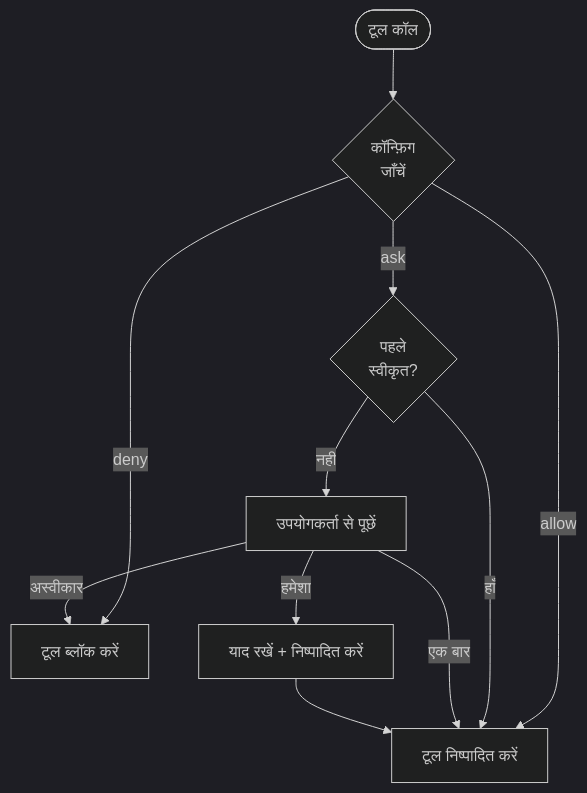
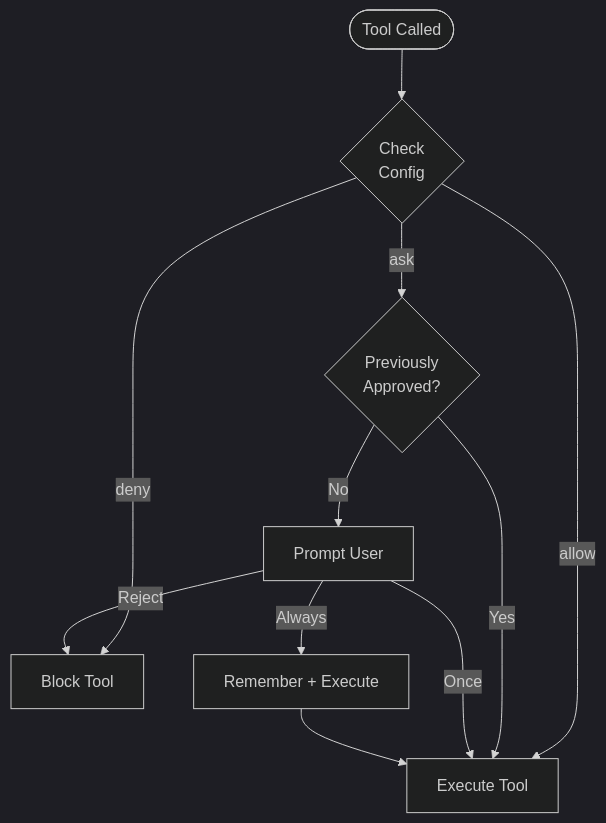
Before and after one commit to CyberStrikeus/CyberStrike: the diagram in packages/docs/src/docs/data/docs/hi/configuration/permissions.mdx, drawn with Mermaid (dark theme). The commit also changed other lines of this file and 108 other files, not shown here.

````diff
--- a/packages/docs/src/docs/data/docs/hi/configuration/permissions.mdx
+++ b/packages/docs/src/docs/data/docs/hi/configuration/permissions.mdx
@@ -31,13 +13,13 @@
 ```mermaid
 flowchart TD
-    ToolCall([टूल कॉल]) --> CheckConfig{कॉन्फ़िग\nजाँचें}
-    CheckConfig -->|allow| Execute[टूल निष्पादित करें]
-    CheckConfig -->|deny| Block[टूल ब्लॉक करें]
-    CheckConfig -->|ask| CheckApproved{पहले\nस्वीकृत?}
-    CheckApproved -->|हाँ| Execute
-    CheckApproved -->|नहीं| AskUser[उपयोगकर्ता से पूछें]
-    AskUser -->|एक बार| Execute
-    AskUser -->|हमेशा| Remember[याद रखें + निष्पादित करें]
-    AskUser -->|अस्वीकार| Block
+    ToolCall([Tool Called]) --> CheckConfig{Check\nConfig}
+    CheckConfig -->|allow| Execute[Execute Tool]
+    CheckConfig -->|deny| Block[Block Tool]
+    CheckConfig -->|ask| CheckApproved{Previously\nApproved?}
+    CheckApproved -->|Yes| Execute
+    CheckApproved -->|No| AskUser[Prompt User]
+    AskUser -->|Once| Execute
+    AskUser -->|Always| Remember[Remember + Execute]
+    AskUser -->|Reject| Block
     Remember --> Execute
 ```
````
